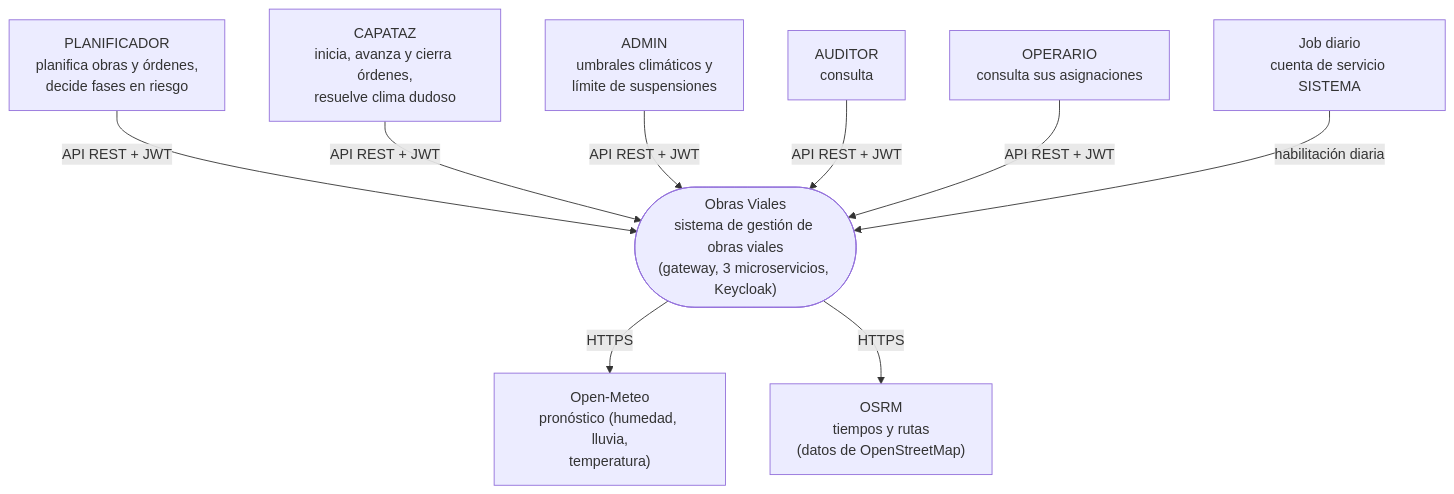
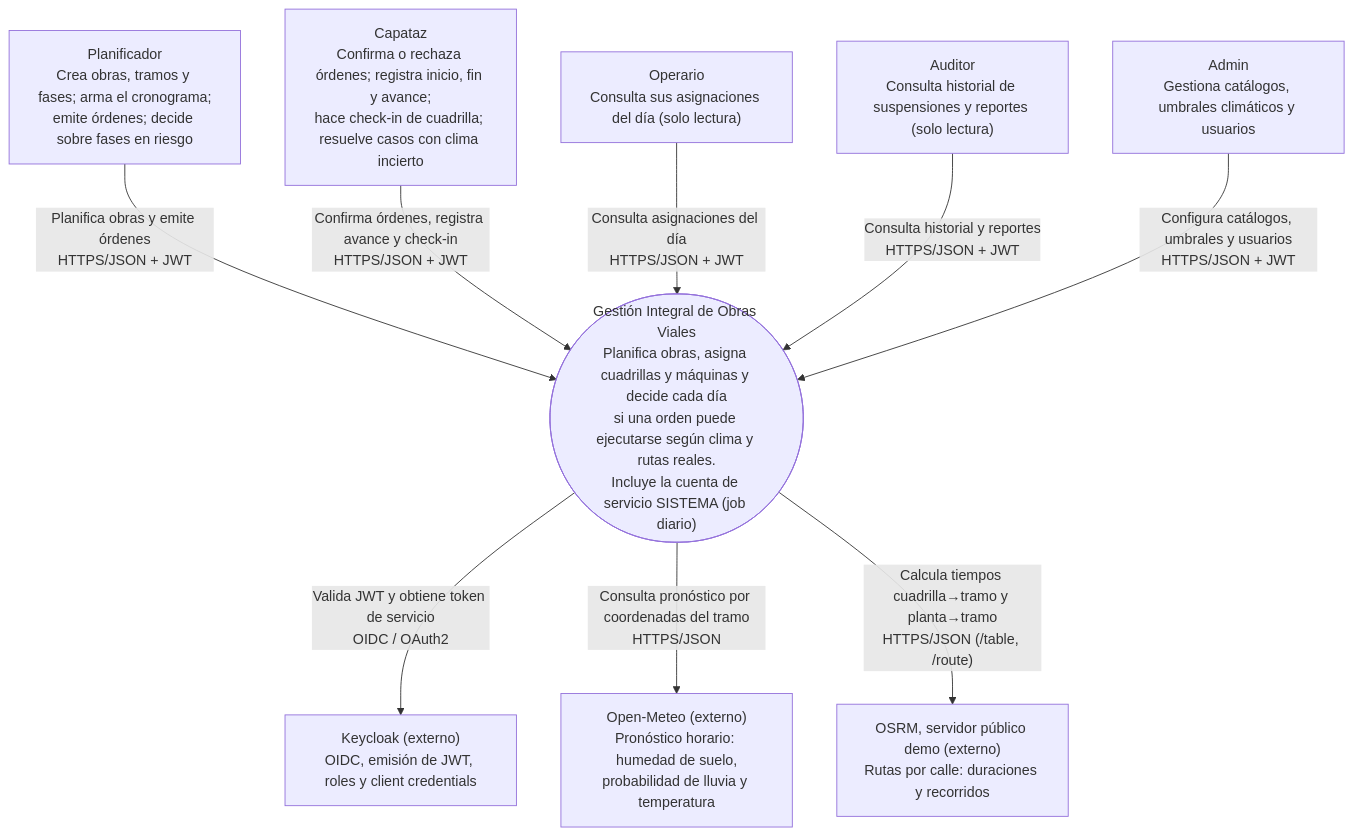
One commit to nietofede/tp_obrasViales changed the first of 6 diagrams in docs/arquitectura.md. Above: the diagram before and after it, drawn with Mermaid. The commit also changed other lines of this file, not shown here.

Commit message:
docs: C1 alineado con la sección 05 del cuestionario

````diff
--- a/docs/arquitectura.md
+++ b/docs/arquitectura.md
@@ -11,23 +9,24 @@
 ```mermaid
 flowchart TB
-    planificador["PLANIFICADOR<br/>planifica obras y órdenes,<br/>decide fases en riesgo"]
-    capataz["CAPATAZ<br/>inicia, avanza y cierra órdenes,<br/>resuelve clima dudoso"]
-    admin["ADMIN<br/>umbrales climáticos y<br/>límite de suspensiones"]
-    auditor["AUDITOR<br/>consulta"]
-    operario["OPERARIO<br/>consulta sus asignaciones"]
+    planificador["Planificador<br/>Crea obras, tramos y fases; arma el cronograma;<br/>emite órdenes; decide sobre fases en riesgo"]
+    capataz["Capataz<br/>Confirma o rechaza órdenes; registra inicio, fin y avance;<br/>hace check-in de cuadrilla; resuelve casos con clima incierto"]
+    operario["Operario<br/>Consulta sus asignaciones del día (solo lectura)"]
+    auditor["Auditor<br/>Consulta historial de suspensiones y reportes (solo lectura)"]
+    admin["Admin<br/>Gestiona catálogos, umbrales climáticos y usuarios"]
 
-    sistema(["Obras Viales<br/>sistema de gestión de obras viales<br/>(gateway, 3 microservicios, Keycloak)"])
+    obras(["Gestión Integral de Obras Viales<br/>Planifica obras, asigna cuadrillas y máquinas y decide cada día<br/>si una orden puede ejecutarse según clima y rutas reales.<br/>Incluye la cuenta de servicio SISTEMA (job diario)"])
 
-    meteo["Open-Meteo<br/>pronóstico (humedad, lluvia,<br/>temperatura)"]
-    osrm["OSRM<br/>tiempos y rutas<br/>(datos de OpenStreetMap)"]
-    job["Job diario<br/>cuenta de servicio SISTEMA"]
+    keycloak["Keycloak (externo)<br/>OIDC, emisión de JWT, roles y client credentials"]
+    meteo["Open-Meteo (externo)<br/>Pronóstico horario: humedad de suelo,<br/>probabilidad de lluvia y temperatura"]
+    osrm["OSRM, servidor público demo (externo)<br/>Rutas por calle: duraciones y recorridos"]
 
-    planificador -->|"API REST + JWT"| sistema
-    capataz -->|"API REST + JWT"| sistema
-    admin -->|"API REST + JWT"| sistema
-    auditor -->|"API REST + JWT"| sistema
-    operario -->|"API REST + JWT"| sistema
-    job -->|"habilitación diaria"| sistema
-    sistema -->|"HTTPS"| meteo
-    sistema -->|"HTTPS"| osrm
+    planificador -->|"Planifica obras y emite órdenes<br/>HTTPS/JSON + JWT"| obras
+    capataz -->|"Confirma órdenes, registra avance y check-in<br/>HTTPS/JSON + JWT"| obras
+    operario -->|"Consulta asignaciones del día<br/>HTTPS/JSON + JWT"| obras
+    auditor -->|"Consulta historial y reportes<br/>HTTPS/JSON + JWT"| obras
+    admin -->|"Configura catálogos, umbrales y usuarios<br/>HTTPS/JSON + JWT"| obras
+
+    obras -->|"Valida JWT y obtiene token de servicio<br/>OIDC / OAuth2"| keycloak
+    obras -->|"Consulta pronóstico por coordenadas del tramo<br/>HTTPS/JSON"| meteo
+    obras -->|"Calcula tiempos cuadrilla→tramo y planta→tramo<br/>HTTPS/JSON (/table, /route)"| osrm
 ```
````
